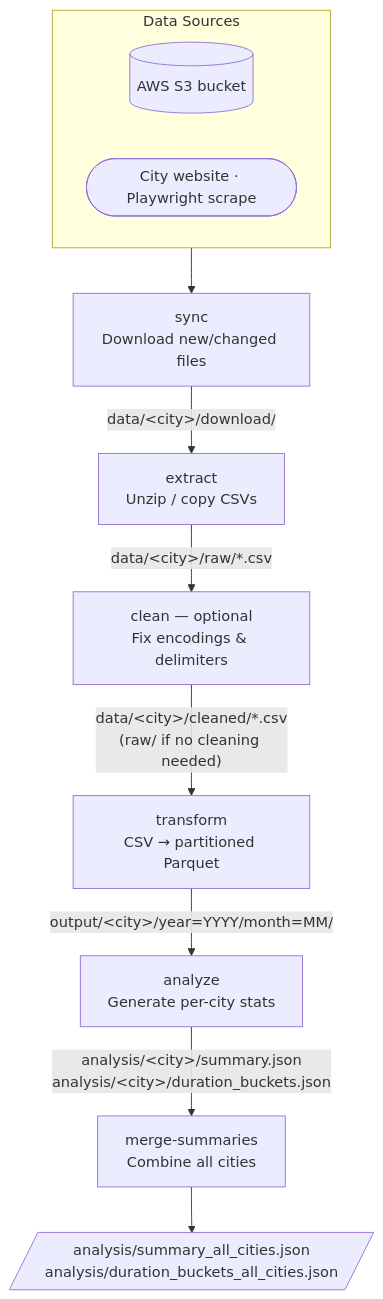
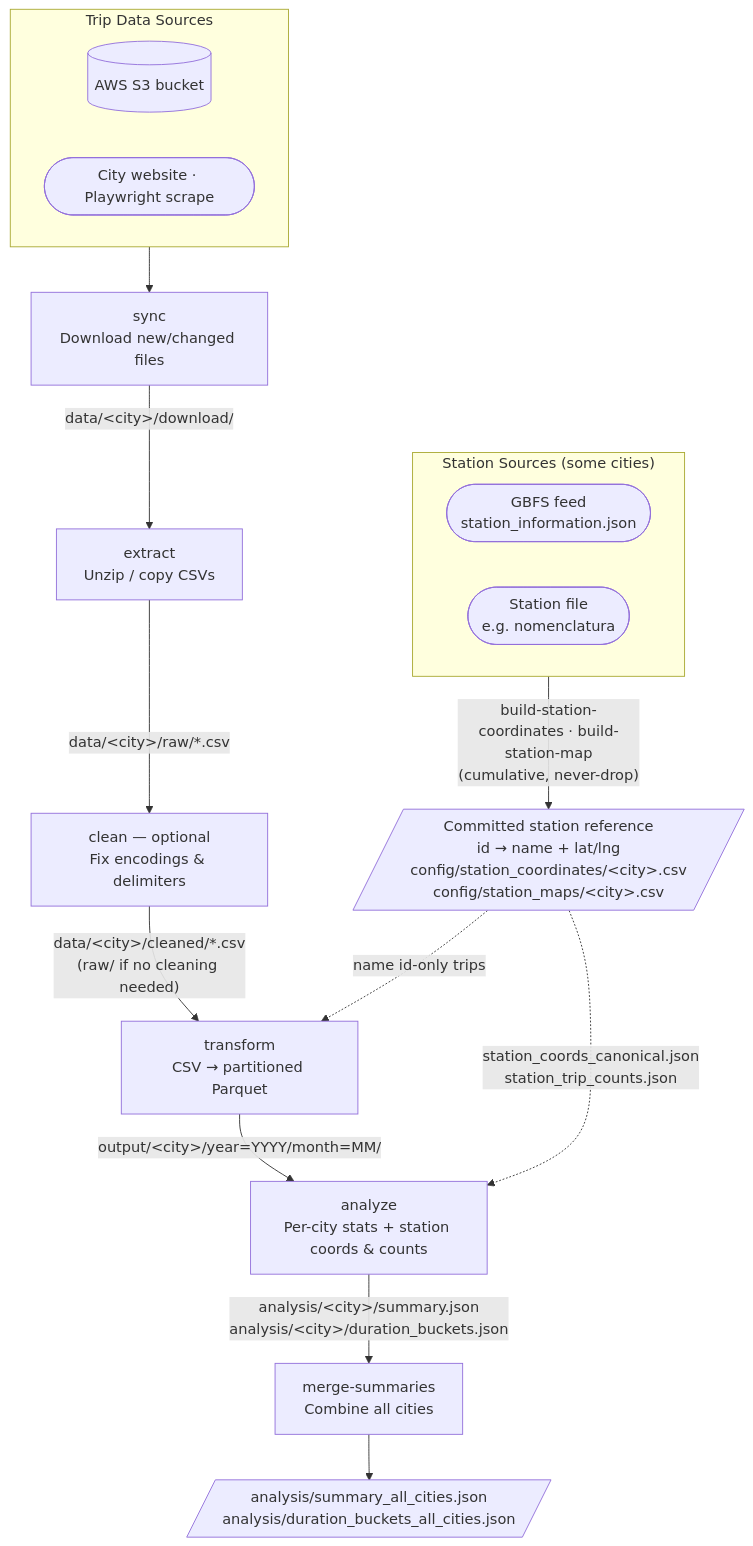
The diagram in README.md (commanderking/citybikeshare), drawn with Mermaid before and after one commit. The commit also changed other lines of this file and 8 other files, not shown here.

Commit message:
reorganize yaml for generating station coordinates from gbfs

````diff
--- a/README.md
+++ b/README.md
@@ -9,25 +9,36 @@
 ```mermaid
 flowchart TD
-    subgraph SOURCES["Data Sources"]
+    subgraph SOURCES["Trip Data Sources"]
         S3[("AWS S3 bucket")]
         WEB(["City website · Playwright scrape"])
+    end
+
+    subgraph STATIONSRC["Station Sources (some cities)"]
+        GBFS(["GBFS feed\nstation_information.json"])
+        SFILE(["Station file\ne.g. nomenclatura"])
     end
 
     SYNC["sync\nDownload new/changed files"]
     EXTRACT["extract\nUnzip / copy CSVs"]
     CLEAN["clean — optional\nFix encodings & delimiters"]
     TRANSFORM["transform\nCSV → partitioned Parquet"]
-    ANALYZE["analyze\nGenerate per-city stats"]
+    ANALYZE["analyze\nPer-city stats + station coords & counts"]
     MERGE["merge-summaries\nCombine all cities"]
+
+    STATIONS[/"Committed station reference\nid → name + lat/lng\nconfig/station_coordinates/&lt;city&gt;.csv\nconfig/station_maps/&lt;city&gt;.csv"/]
 
     RESULT[/"analysis/summary_all_cities.json
 analysis/duration_buckets_all_cities.json"/]
 
     SOURCES --> SYNC
     SYNC      -->|"data/&lt;city&gt;/download/"| EXTRACT
     EXTRACT   -->|"data/&lt;city&gt;/raw/*.csv"| CLEAN
     CLEAN     -->|"data/&lt;city&gt;/cleaned/*.csv\n(raw/ if no cleaning needed)"| TRANSFORM
     TRANSFORM -->|"output/&lt;city&gt;/year=YYYY/month=MM/"| ANALYZE
     ANALYZE   -->|"analysis/&lt;city&gt;/summary.json\nanalysis/&lt;city&gt;/duration_buckets.json"| MERGE
     MERGE     --> RESULT
+
+    STATIONSRC -->|"build-station-coordinates · build-station-map\n(cumulative, never-drop)"| STATIONS
+    STATIONS -.->|"name id-only trips"| TRANSFORM
+    STATIONS -.->|"station_coords_canonical.json\nstation_trip_counts.json"| ANALYZE
 ```
````
